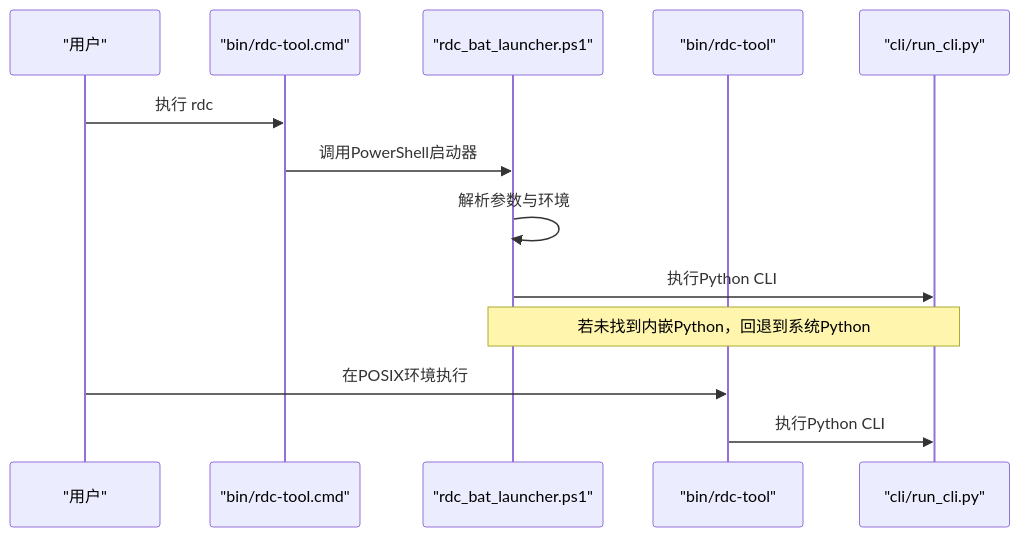
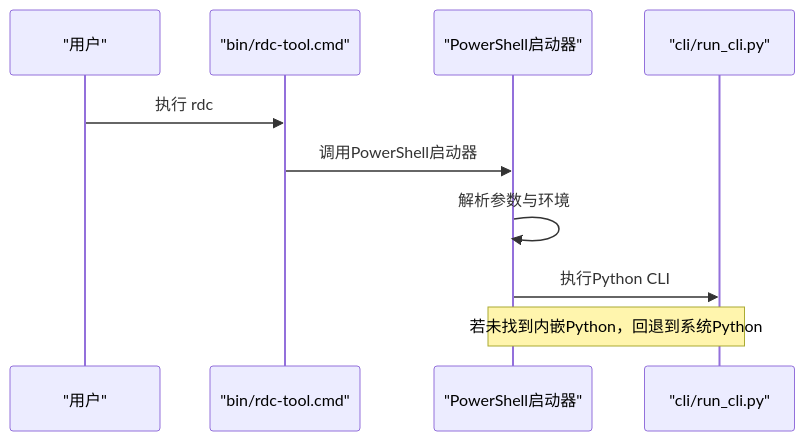
Before and after one commit to haolange/RDC-Tool: the eighth of 9 diagrams in .qoder/repowiki/zh/content/部署和发布/发布打包.md, drawn with Mermaid. The commit also changed other lines of this file and 53 other files, not shown here.

````diff
--- a/.qoder/repowiki/zh/content/部署和发布/发布打包.md
+++ b/.qoder/repowiki/zh/content/部署和发布/发布打包.md
@@ -252,15 +317,12 @@
 ```mermaid
 sequenceDiagram
 participant User as "用户"
 participant Bat as "bin/rdc-tool.cmd"
-participant PS as "rdc_bat_launcher.ps1"
-participant Sh as "bin/rdc-tool"
+participant PS as "PowerShell启动器"
 participant CLI as "cli/run_cli.py"
 User->>Bat : 执行 rdc
 Bat->>PS : 调用PowerShell启动器
 PS->>PS : 解析参数与环境
 PS->>CLI : 执行Python CLI
 Note over PS,CLI : 若未找到内嵌Python，回退到系统Python
-User->>Sh : 在POSIX环境执行
-Sh->>CLI : 执行Python CLI
 ```
````
